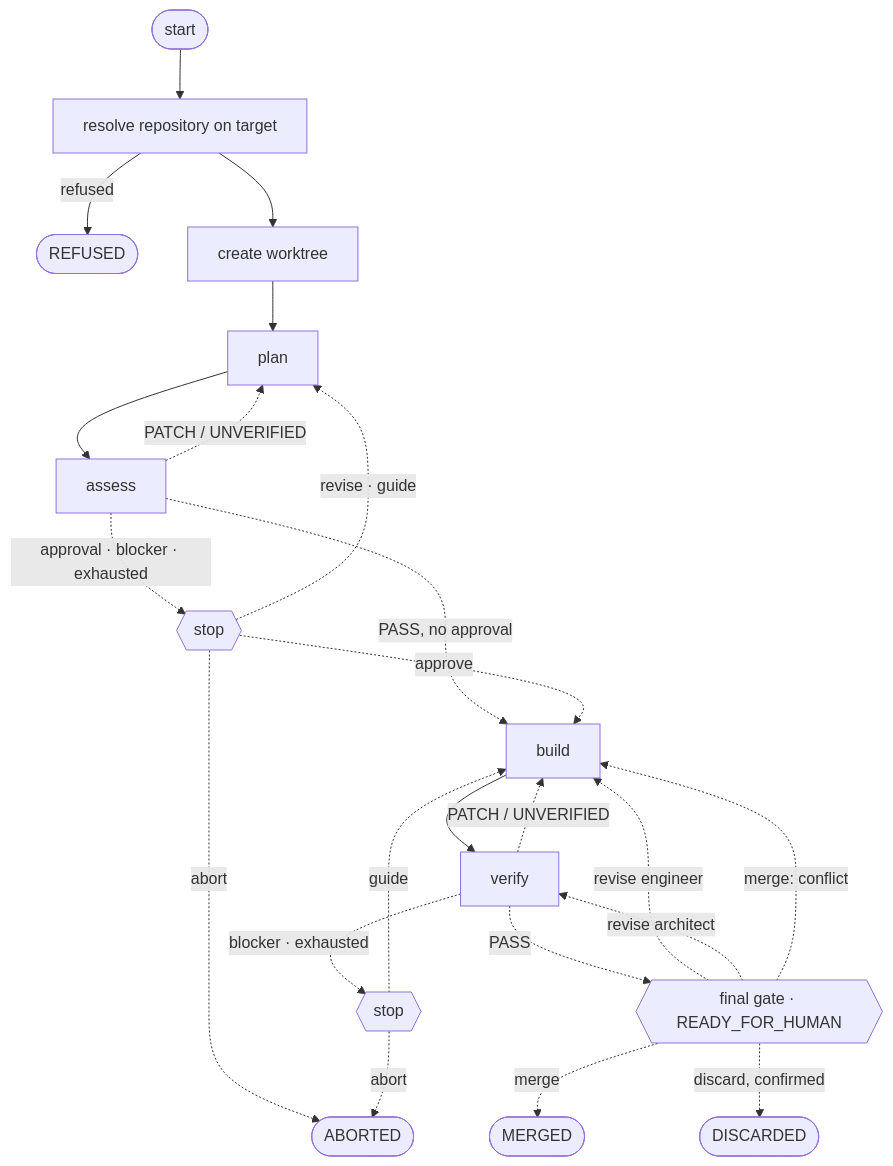
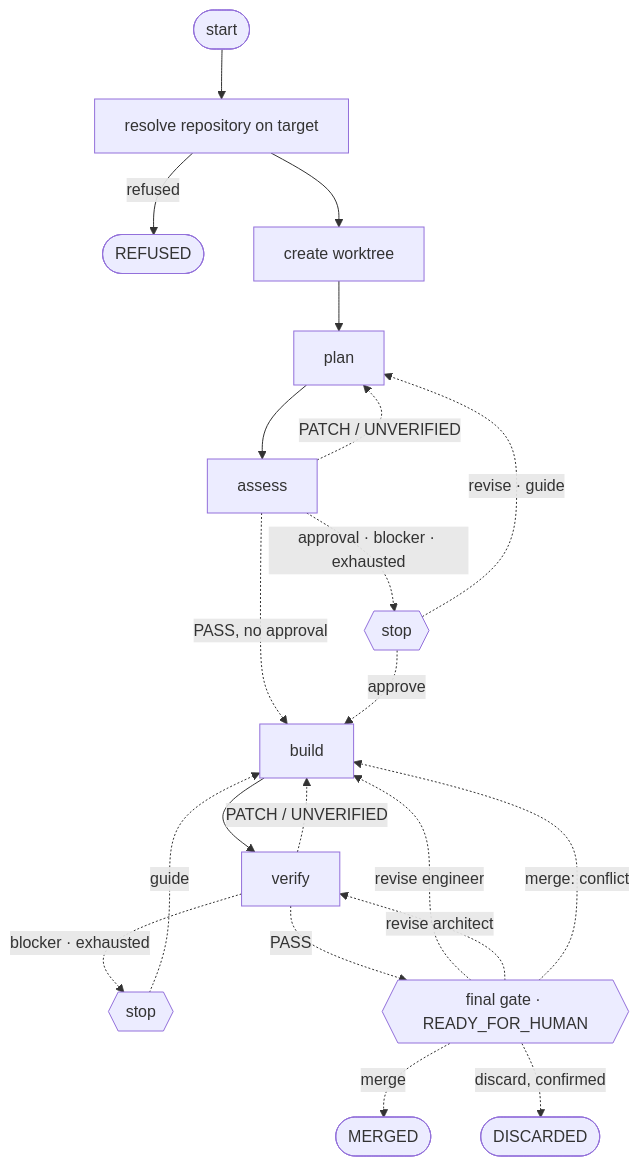
Before and after one commit to 6r0m/orchestra: the diagram in docs/architecture/diagrams/stops.md, drawn with Mermaid. The commit also changed other lines of this file and 66 other files, not shown here.

````diff
--- a/docs/architecture/diagrams/stops.md
+++ b/docs/architecture/diagrams/stops.md
@@ -7,23 +7,21 @@
 ```mermaid
 graph TD
     start([start]) --> prepare[resolve repository on target] -->|refused| refused([REFUSED])
     prepare --> worktree[create worktree] --> plan
     plan --> assess
     assess -. PATCH / UNVERIFIED .-> plan
     assess -. "PASS, no approval" .-> build
     assess -. "approval · blocker · exhausted" .-> stop1{{stop}}
     stop1 -. approve .-> build
     stop1 -. "revise · guide" .-> plan
-    stop1 -. abort .-> aborted([ABORTED])
     build --> verify
     verify -. PATCH / UNVERIFIED .-> build
     verify -. "blocker · exhausted" .-> stop2{{stop}}
     stop2 -. guide .-> build
-    stop2 -. abort .-> aborted
     verify -. PASS .-> final{{final gate · READY_FOR_HUMAN}}
     final -. "revise engineer" .-> build
     final -. "revise architect" .-> verify
     final -. "merge: conflict" .-> build
     final -. "merge" .-> merged([MERGED])
     final -. "discard, confirmed" .-> discarded([DISCARDED])
 ```
````
